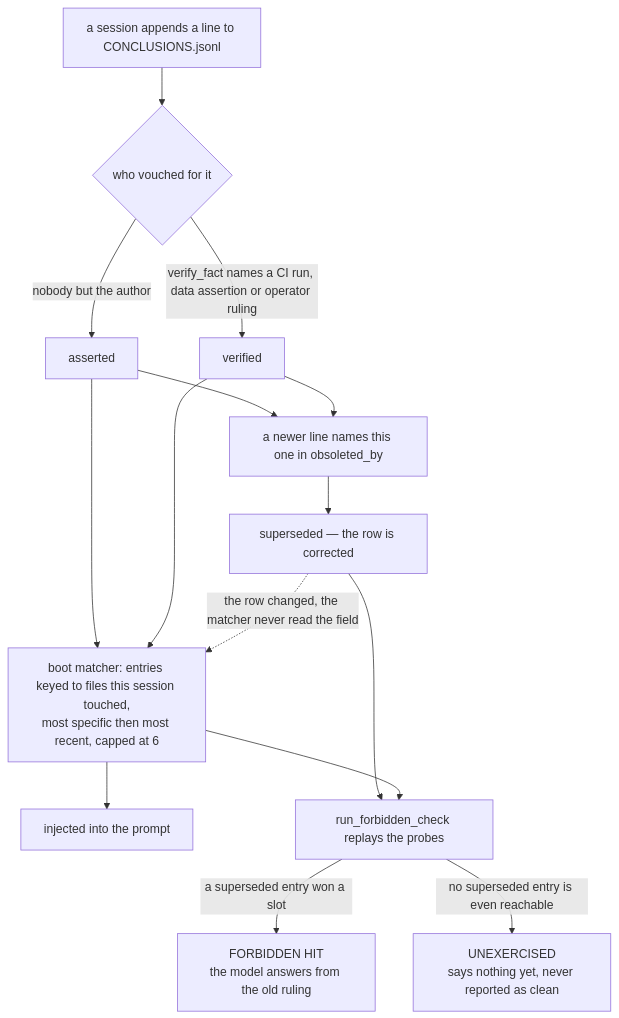
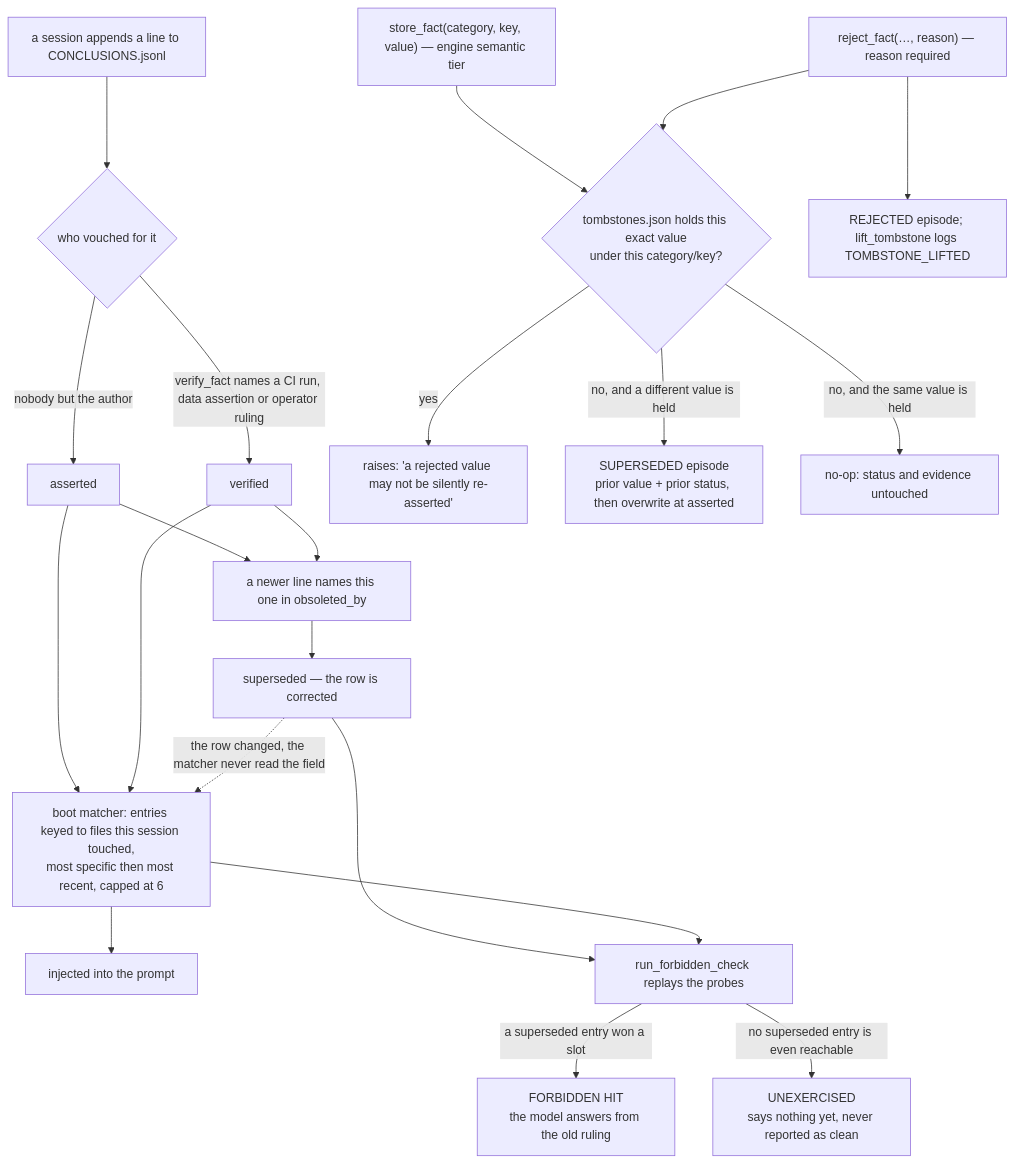
One commit to neoneye/agent-memory-atlas changed the diagram in content/systems/breadcrumbs.md. Above: the diagram before and after it, drawn with Mermaid. The commit also changed other lines of this file and 20 other files, not shown here.

````diff
--- a/content/systems/breadcrumbs.md
+++ b/content/systems/breadcrumbs.md
@@ -162,19 +191,26 @@
 ```mermaid
 flowchart TB
     W["a session appends a line to CONCLUSIONS.jsonl"] --> S{"who vouched for it"}
     S -->|"nobody but the author"| A["asserted"]
     S -->|"verify_fact names a CI run, data assertion or operator ruling"| V["verified"]
     A --> O["a newer line names this one in obsoleted_by"]
     V --> O
     O --> R["superseded — the row is corrected"]
 
     A --> L["boot matcher: entries keyed to files this session touched,<br/>most specific then most recent, capped at 6"]
     V --> L
     R -.->|"the row changed, the matcher never read the field"| L
     L --> P["injected into the prompt"]
 
     R --> X["run_forbidden_check replays the probes"]
     L --> X
     X -->|"a superseded entry won a slot"| F["FORBIDDEN HIT<br/>the model answers from the old ruling"]
     X -->|"no superseded entry is even reachable"| U["UNEXERCISED<br/>says nothing yet, never reported as clean"]
+
+    W2["store_fact(category, key, value) — engine semantic tier"] --> T{"tombstones.json holds this exact value<br/>under this category/key?"}
+    T -->|"yes"| Z["raises: 'a rejected value may not be silently re-asserted'"]
+    T -->|"no, and a different value is held"| SU["SUPERSEDED episode<br/>prior value + prior status, then overwrite at asserted"]
+    T -->|"no, and the same value is held"| NO["no-op: status and evidence untouched"]
+    RJ["reject_fact(…, reason) — reason required"] --> T
+    RJ --> EP["REJECTED episode; lift_tombstone logs TOMBSTONE_LIFTED"]
 ```
````
